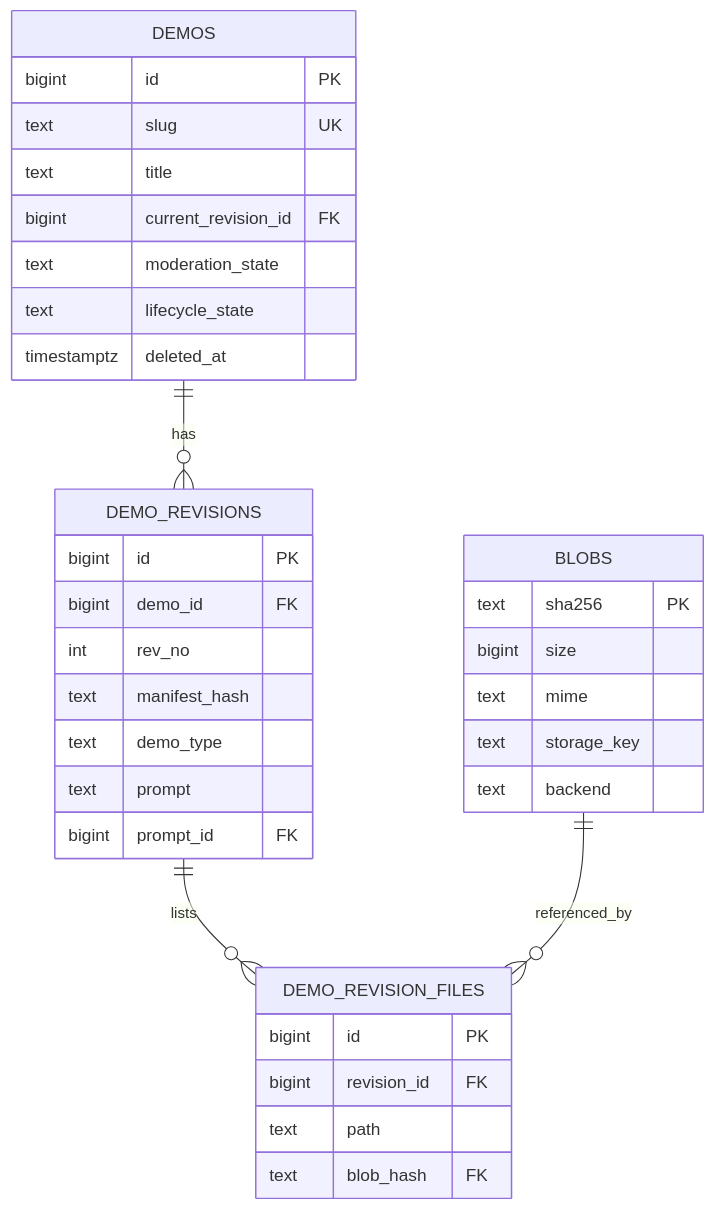
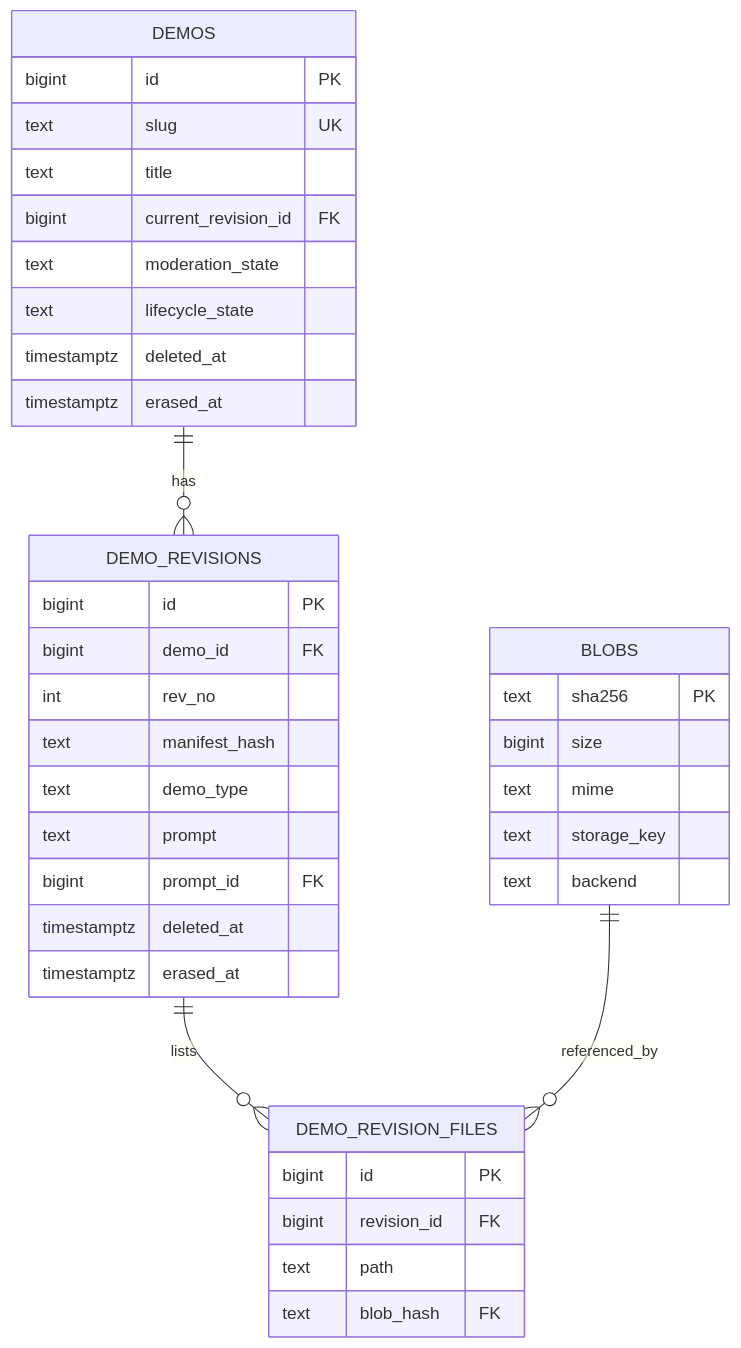
The third of 16 diagrams in docs/Demo域设计.md (deepdemos/ds-demos-showcase), drawn with Mermaid before and after one commit. The commit also changed other lines of this file and 8 other files, not shown here.

````diff
--- a/docs/Demo域设计.md
+++ b/docs/Demo域设计.md
@@ -520,37 +532,40 @@
 ```mermaid
 erDiagram
     DEMOS {
         bigint id PK
         text slug UK
         text title
         bigint current_revision_id FK
         text moderation_state
         text lifecycle_state
         timestamptz deleted_at
+        timestamptz erased_at
     }
     DEMO_REVISIONS {
         bigint id PK
         bigint demo_id FK
         int rev_no
         text manifest_hash
         text demo_type
         text prompt
         bigint prompt_id FK
+        timestamptz deleted_at
+        timestamptz erased_at
     }
     DEMO_REVISION_FILES {
         bigint id PK
         bigint revision_id FK
         text path
         text blob_hash FK
     }
     BLOBS {
         text sha256 PK
         bigint size
         text mime
         text storage_key
         text backend
     }
     DEMOS ||--o{ DEMO_REVISIONS : has
     DEMO_REVISIONS ||--o{ DEMO_REVISION_FILES : lists
     BLOBS ||--o{ DEMO_REVISION_FILES : referenced_by
 ```
````
